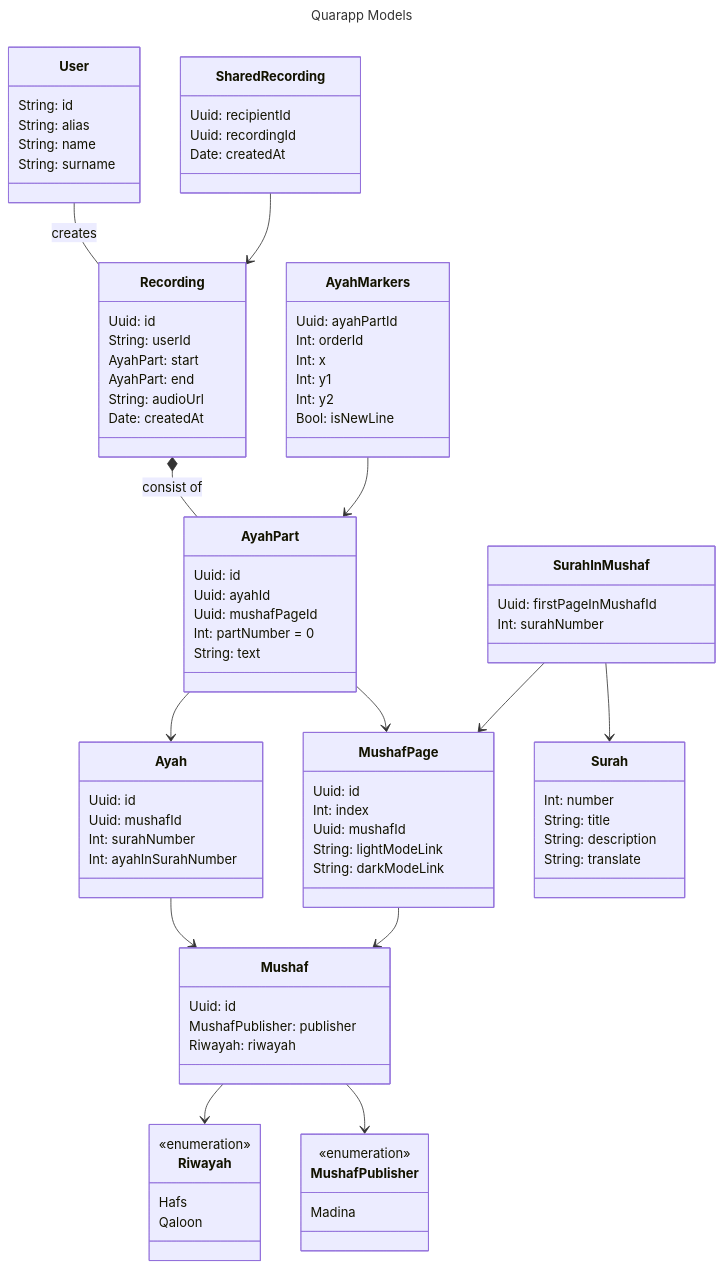
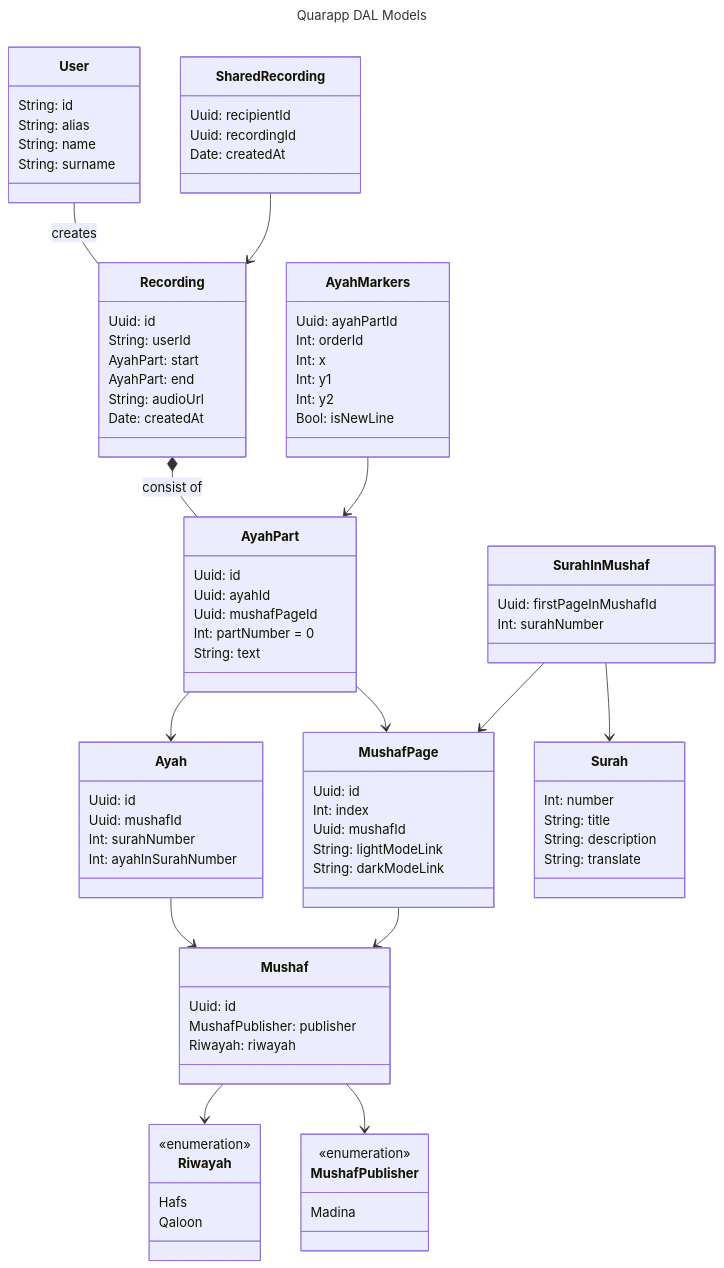
One commit to CrowdsourcingApps/QuaranApp_Backend changed the diagram in models_mvp_v2.mmd. Above: the diagram before and after it, drawn with Mermaid.

```diff
--- a/models_mvp_v2.mmd
+++ b/models_mvp_v2.mmd
@@ -1,88 +1,88 @@
 ---
-title: Quarapp Models
+title: Quarapp DAL Models
 ---
 classDiagram
 class Riwayah {
     <<enumeration>>
     Hafs
     Qaloon
 }
 class MushafPublisher {
     <<enumeration>>
     Madina
 }
 class User {
     String: id
     String: alias
     String: name
     String: surname
 }
 class Mushaf {
     Uuid: id
     MushafPublisher: publisher
     Riwayah: riwayah
 }
 class Surah {
     Int: number
     String: title
     String: description
     String: translate
 }
 
 class MushafPage {
     Uuid: id
     Int: index
     Uuid: mushafId
     String: lightModeLink
     String: darkModeLink
 }
 class Ayah {
     Uuid: id
     Uuid: mushafId
     Int: surahNumber
     Int: ayahInSurahNumber
 }
 class AyahPart {
     Uuid: id
     Uuid: ayahId
     Uuid: mushafPageId
     Int: partNumber = 0
     String: text
 }
 class SurahInMushaf {
     Uuid: firstPageInMushafId
     Int: surahNumber
 }
 class Recording {
     Uuid: id
     String: userId
     AyahPart: start
     AyahPart: end 
     String: audioUrl
     Date: createdAt
 }
 class SharedRecording {
     Uuid: recipientId
     Uuid: recordingId
     Date: createdAt
 }
 class AyahMarkers {
     Uuid: ayahPartId
     Int: orderId
     Int: x
     Int: y1
     Int: y2
     Bool: isNewLine
 }
 Recording *-- AyahPart: consist of
 User -- Recording: creates
 AyahPart --> Ayah
 AyahPart --> MushafPage
 Ayah --> Mushaf
 Mushaf --> Riwayah
 Mushaf --> MushafPublisher
 SharedRecording --> Recording
 AyahMarkers --> AyahPart
 MushafPage --> Mushaf
 SurahInMushaf --> MushafPage
 SurahInMushaf --> Surah
```
